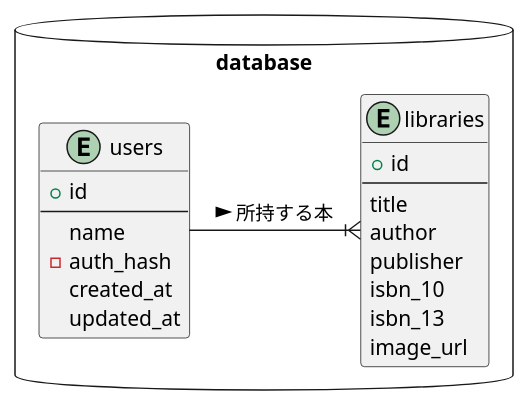
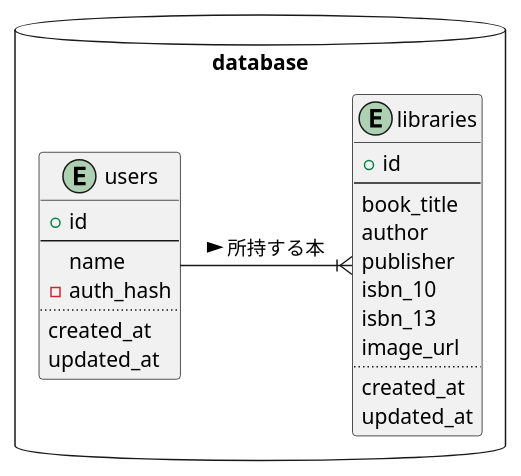
One commit to 40node/node006 changed the diagram in uml/er.pu. Above: the diagram before and after it, drawn with PlantUML. The commit also changed 4 other files, not shown here.

```diff
--- a/uml/er.pu
+++ b/uml/er.pu
@@ -1,23 +1,27 @@
 @startuml database
 package database <<Database>> {
   entity users {
     + id
     --
     name
     - auth_hash
+    ..
     created_at
     updated_at
   }
   entity libraries {
     + id
     --
-    title
+    book_title
     author
     publisher
     isbn_10
     isbn_13
     image_url
+    ..
+    created_at
+    updated_at
   }
 }
 users -ri-|{ libraries : 所持する本 >
 @enduml
```
